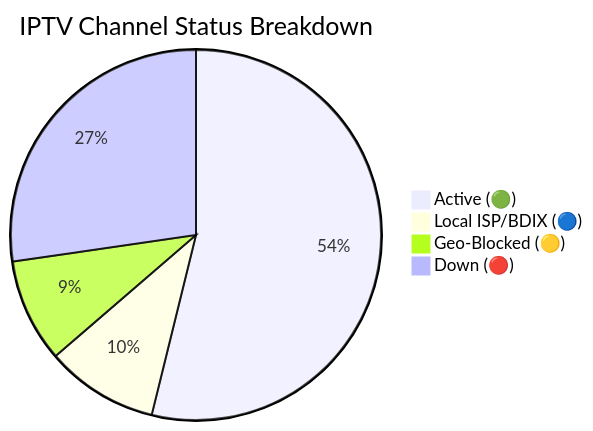
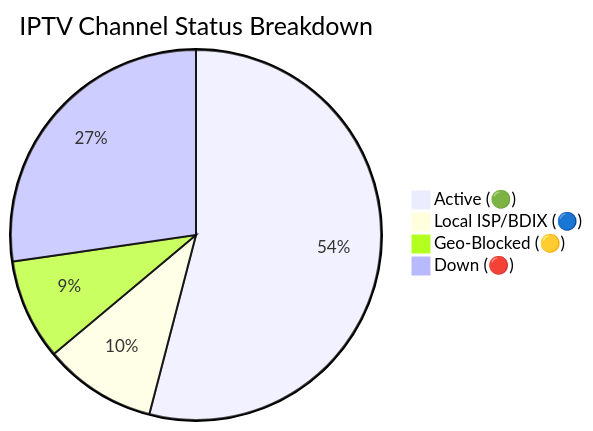
One commit to f6388600-ai/Web changed the diagram in README.md. Above: the diagram before and after it, drawn with Mermaid. The commit also changed other lines of this file and 6 other files, not shown here.

````diff
--- a/README.md
+++ b/README.md
@@ -149,7 +149,7 @@
 ```mermaid
 pie title IPTV Channel Status Breakdown
-    "Active (🟢)" : 9493
-    "Local ISP/BDIX (🔵)" : 1734
-    "Geo-Blocked (🟡)" : 1592
-    "Down (🔴)" : 4812
+    "Active (🟢)" : 9522
+    "Local ISP/BDIX (🔵)" : 1735
+    "Geo-Blocked (🟡)" : 1550
+    "Down (🔴)" : 4808
 ```
````
